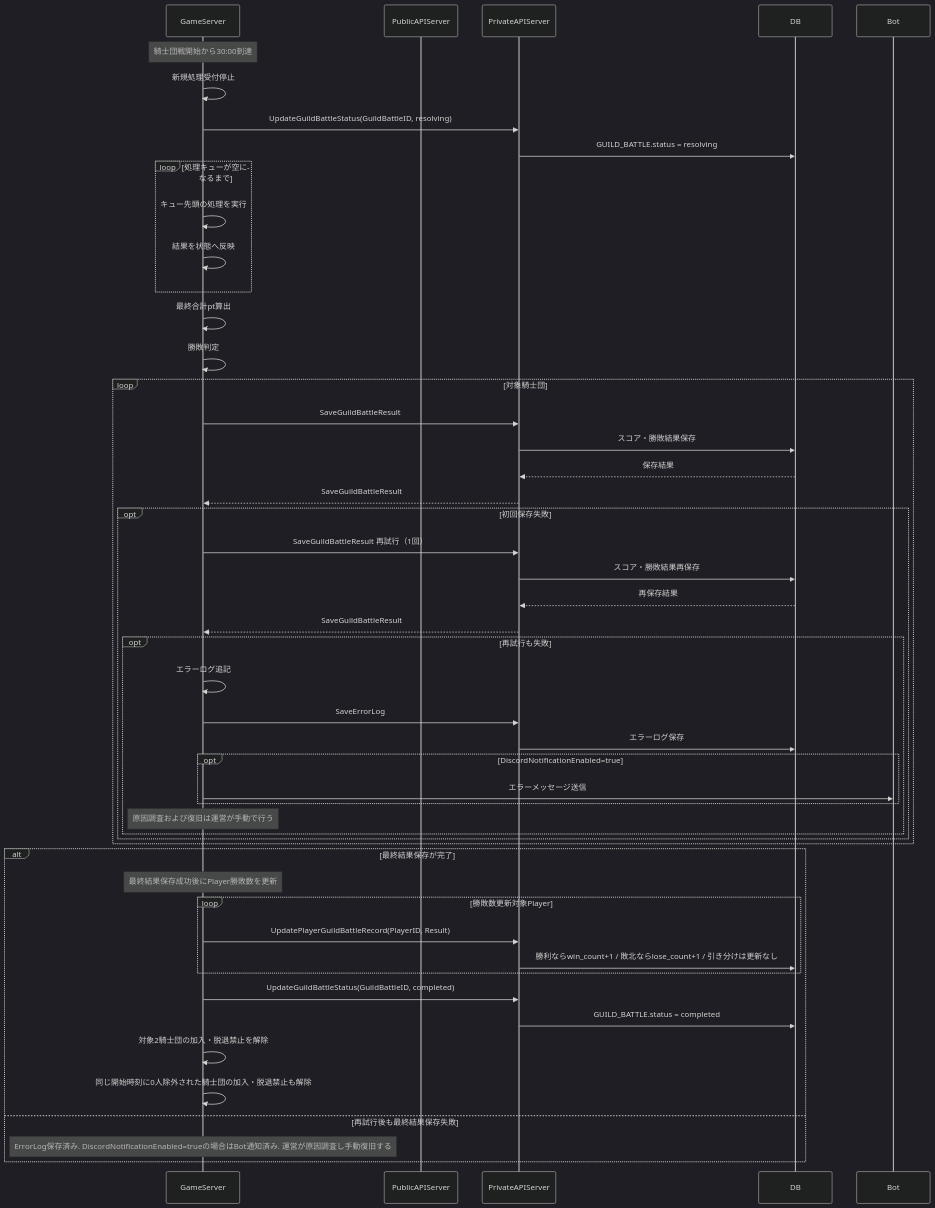
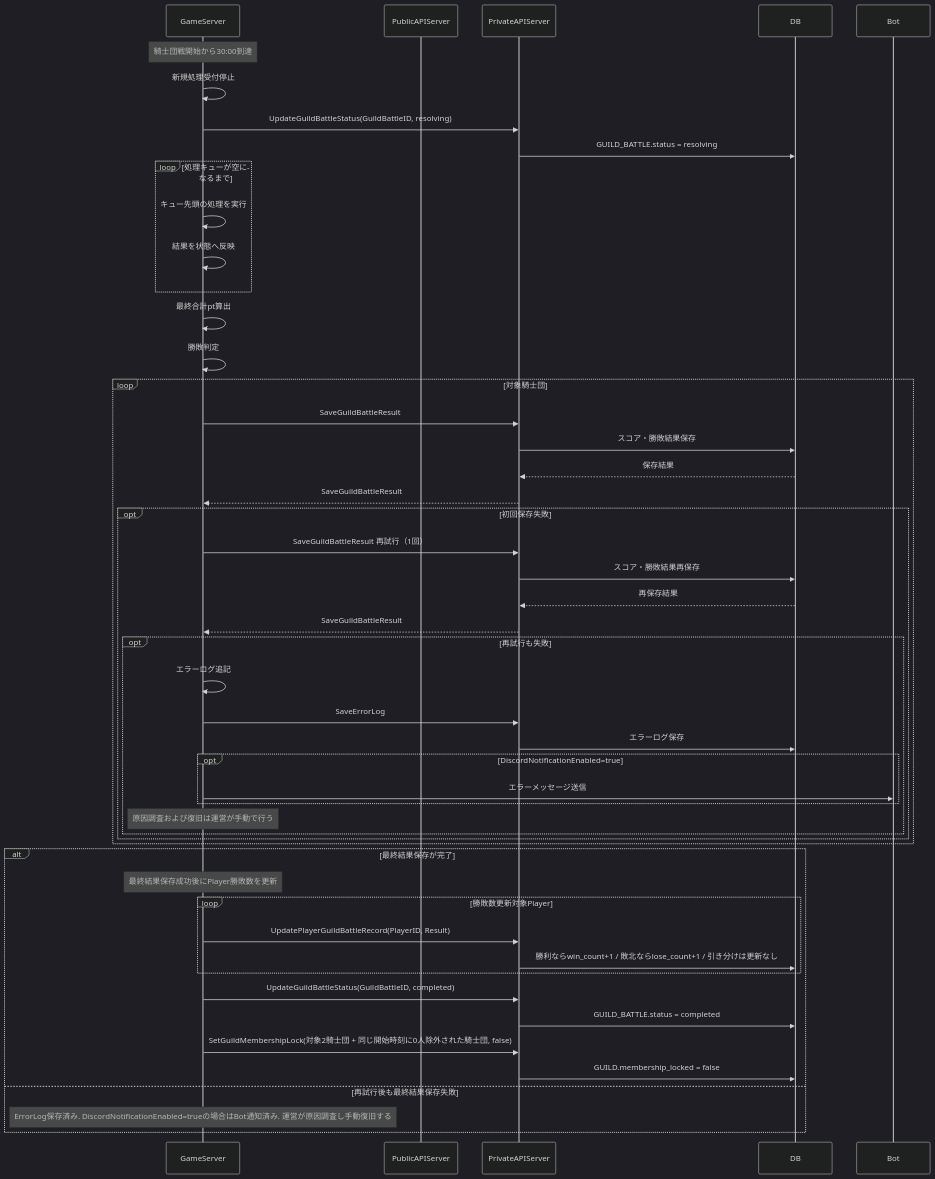
Before and after one commit to ReHydrangeaOdyssey/Specifications: diagram 16 of 16 in design/guild_battle.md, drawn with Mermaid (dark theme). The commit also changed other lines of this file and 13 other files, not shown here.

````diff
--- a/design/guild_battle.md
+++ b/design/guild_battle.md
@@ -651,60 +662,60 @@
 ```mermaid
 sequenceDiagram
     participant GameServer
     participant PublicAPIServer
     participant PrivateAPIServer
     participant DB
     participant Bot
 
     Note over GameServer: 騎士団戦開始から30:00到達
 
     GameServer->>GameServer: 新規処理受付停止
     GameServer->>PrivateAPIServer: UpdateGuildBattleStatus(GuildBattleID, resolving)
     PrivateAPIServer->>DB: GUILD_BATTLE.status = resolving
 
     loop 処理キューが空になるまで
         GameServer->>GameServer: キュー先頭の処理を実行
         GameServer->>GameServer: 結果を状態へ反映
     end
 
     GameServer->>GameServer: 最終合計pt算出
     GameServer->>GameServer: 勝敗判定
 
     loop 対象騎士団
         GameServer->>PrivateAPIServer: SaveGuildBattleResult
         PrivateAPIServer->>DB: スコア・勝敗結果保存
         DB-->>PrivateAPIServer: 保存結果
         PrivateAPIServer-->>GameServer: SaveGuildBattleResult
 
         opt 初回保存失敗
             GameServer->>PrivateAPIServer: SaveGuildBattleResult 再試行（1回）
             PrivateAPIServer->>DB: スコア・勝敗結果再保存
             DB-->>PrivateAPIServer: 再保存結果
             PrivateAPIServer-->>GameServer: SaveGuildBattleResult
             opt 再試行も失敗
                 GameServer->>GameServer: エラーログ追記
                 GameServer->>PrivateAPIServer: SaveErrorLog
                 PrivateAPIServer->>DB: エラーログ保存
                 opt DiscordNotificationEnabled=true
                     GameServer->>Bot: エラーメッセージ送信
                 end
                 Note over GameServer: 原因調査および復旧は運営が手動で行う
             end
         end
     end
 
 
     alt 最終結果保存が完了
         Note over GameServer: 最終結果保存成功後にPlayer勝敗数を更新
         loop 勝敗数更新対象Player
             GameServer->>PrivateAPIServer: UpdatePlayerGuildBattleRecord(PlayerID, Result)
             PrivateAPIServer->>DB: 勝利ならwin_count+1 / 敗北ならlose_count+1 / 引き分けは更新なし
         end
         GameServer->>PrivateAPIServer: UpdateGuildBattleStatus(GuildBattleID, completed)
         PrivateAPIServer->>DB: GUILD_BATTLE.status = completed
-        GameServer->>GameServer: 対象2騎士団の加入・脱退禁止を解除
-        GameServer->>GameServer: 同じ開始時刻に0人除外された騎士団の加入・脱退禁止も解除
+        GameServer->>PrivateAPIServer: SetGuildMembershipLock(対象2騎士団 + 同じ開始時刻に0人除外された騎士団, false)
+        PrivateAPIServer->>DB: GUILD.membership_locked = false
     else 再試行後も最終結果保存失敗
         Note over GameServer: ErrorLog保存済み. DiscordNotificationEnabled=trueの場合はBot通知済み. 運営が原因調査し手動復旧する
     end
 ```
````
